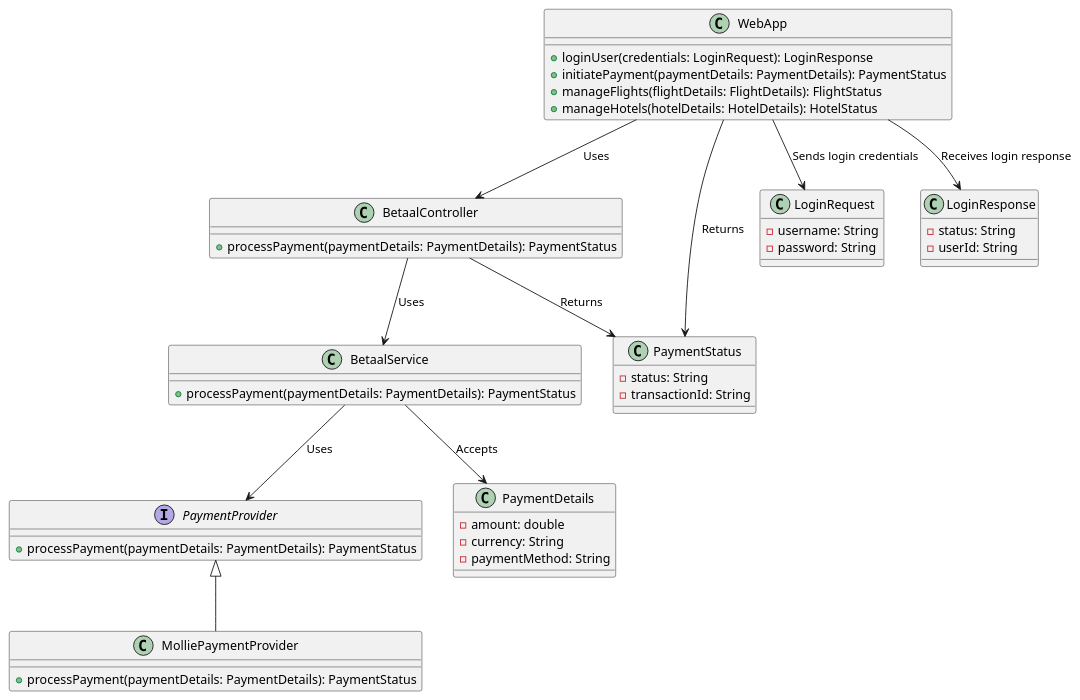
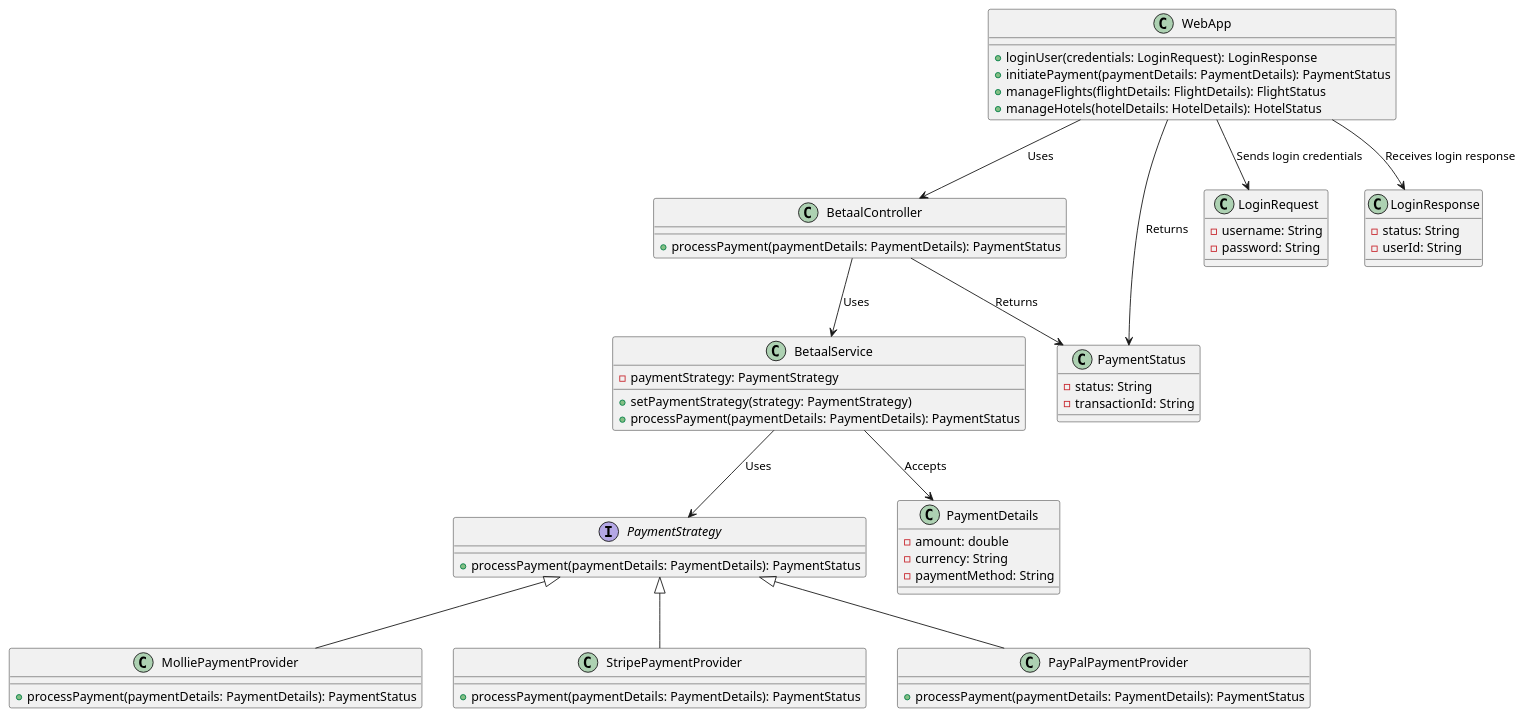
One commit to AIM-ENE-feb25/triptop-groep-b2 changed the diagram in classDiagramQuestion.puml. Above: the diagram before and after it, drawn with PlantUML.

Commit message:
Updated class diagram

```diff
--- a/classDiagramQuestion.puml
+++ b/classDiagramQuestion.puml
@@ -1,59 +1,72 @@
 @startuml
 'https://plantuml.com/class-diagram
 
 class WebApp {
     +loginUser(credentials: LoginRequest): LoginResponse
     +initiatePayment(paymentDetails: PaymentDetails): PaymentStatus
     +manageFlights(flightDetails: FlightDetails): FlightStatus
     +manageHotels(hotelDetails: HotelDetails): HotelStatus
 }
 
 class BetaalController {
     +processPayment(paymentDetails: PaymentDetails): PaymentStatus
 }
 
 class BetaalService {
+    -paymentStrategy: PaymentStrategy
+    +setPaymentStrategy(strategy: PaymentStrategy)
     +processPayment(paymentDetails: PaymentDetails): PaymentStatus
 }
 
-interface PaymentProvider {
+interface PaymentStrategy {
     +processPayment(paymentDetails: PaymentDetails): PaymentStatus
 }
 
 class MolliePaymentProvider {
+    +processPayment(paymentDetails: PaymentDetails): PaymentStatus
+}
+
+class StripePaymentProvider {
+    +processPayment(paymentDetails: PaymentDetails): PaymentStatus
+}
+
+class PayPalPaymentProvider {
     +processPayment(paymentDetails: PaymentDetails): PaymentStatus
 }
 
 class PaymentStatus {
     -status: String
     -transactionId: String
 }
 
 class PaymentDetails {
     -amount: double
     -currency: String
     -paymentMethod: String
 }
 
 class LoginRequest {
     -username: String
     -password: String
 }
 
 class LoginResponse {
     -status: String
     -userId: String
 }
 
 ' Relationships
 WebApp --> BetaalController : "Uses"
 WebApp --> LoginRequest : "Sends login credentials"
 WebApp --> LoginResponse : "Receives login response"
 BetaalController --> BetaalService : "Uses"
-BetaalService --> PaymentProvider : "Uses"
-PaymentProvider <|-- MolliePaymentProvider
+BetaalService --> PaymentStrategy : "Uses"
 BetaalService --> PaymentDetails : "Accepts"
 BetaalController --> PaymentStatus : "Returns"
 WebApp --> PaymentStatus : "Returns"
 
+PaymentStrategy <|-- MolliePaymentProvider
+PaymentStrategy <|-- StripePaymentProvider
+PaymentStrategy <|-- PayPalPaymentProvider
+
 @enduml
```
